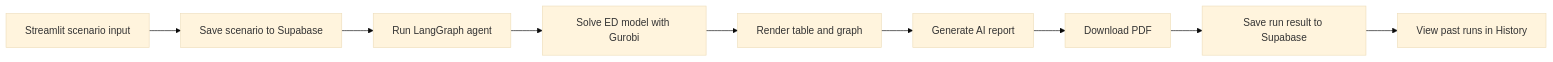
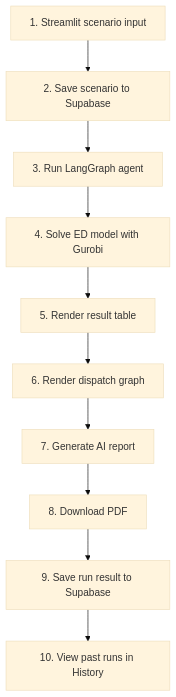
One commit to LLMDataCenterEDAgent/data_center_ed_agent changed the diagram in README.md. Above: the diagram before and after it, drawn with Mermaid (base theme).

Commit message:
Make README app flow vertical

````diff
--- a/README.md
+++ b/README.md
@@ -28,11 +28,15 @@
 ```mermaid
-flowchart LR
-    A["Streamlit scenario input"] --> B["Save scenario to Supabase"]
-    B --> C["Run LangGraph agent"]
-    C --> D["Solve ED model with Gurobi"]
-    D --> E["Render table and graph"]
-    E --> F["Generate AI report"]
-    F --> G["Download PDF"]
-    G --> H["Save run result to Supabase"]
-    H --> I["View past runs in History"]
+flowchart TD
+    A["1. Streamlit scenario input"]
+    B["2. Save scenario to Supabase"]
+    C["3. Run LangGraph agent"]
+    D["4. Solve ED model with Gurobi"]
+    E["5. Render result table"]
+    F["6. Render dispatch graph"]
+    G["7. Generate AI report"]
+    H["8. Download PDF"]
+    I["9. Save run result to Supabase"]
+    J["10. View past runs in History"]
+
+    A --> B --> C --> D --> E --> F --> G --> H --> I --> J
 ```
````
